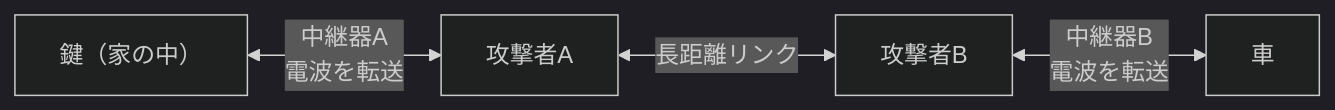
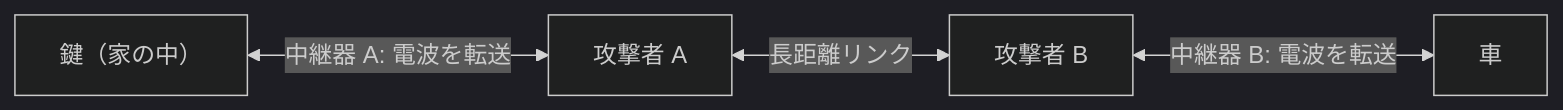
The diagram in topics/06_systems-security/06_wireless-security.md (SomaTomita/sec-prep), drawn with Mermaid (dark theme) before and after one commit. The commit also changed other lines of this file and 7 other files, not shown here.

````diff
--- a/topics/06_systems-security/06_wireless-security.md
+++ b/topics/06_systems-security/06_wireless-security.md
@@ -57,6 +55,6 @@
 ```mermaid
 flowchart LR
-    K["鍵（家の中）"] <-->|"中継器A<br/>電波を転送"| R1["攻撃者A"]
-    R1 <-->|"長距離リンク"| R2["攻撃者B"]
-    R2 <-->|"中継器B<br/>電波を転送"| C["車"]
+    K["鍵（家の中）"] <-->|"中継器 A: 電波を転送"| R1["攻撃者 A"]
+    R1 <-->|"長距離リンク"| R2["攻撃者 B"]
+    R2 <-->|"中継器 B: 電波を転送"| C["車"]
 ```
````
